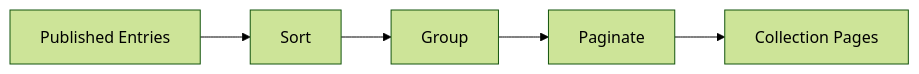
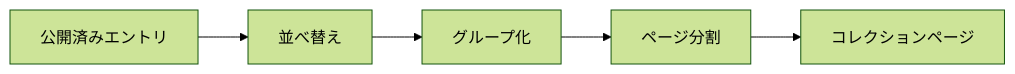
The tenth of 13 diagrams in docs/docs/framework/content-system.ja.md (Rerurate514/riebeckite), drawn with Mermaid (forest theme) before and after one commit. The commit also changed other lines of this file and 310 other files, not shown here.

````diff
--- a/docs/docs/framework/content-system.ja.md
+++ b/docs/docs/framework/content-system.ja.md
@@ -435,13 +381,13 @@
 ```mermaid id="is4p7e"
 flowchart LR
-    Entries["Published Entries"]
-    Sort["Sort"]
-    Group["Group"]
-    Paginate["Paginate"]
-    Pages["Collection Pages"]
+    Entries["公開済みエントリ"]
+    Sort["並べ替え"]
+    Group["グループ化"]
+    Paginate["ページ分割"]
+    Pages["コレクションページ"]
 
     Entries --> Sort
     Sort --> Group
     Group --> Paginate
     Paginate --> Pages
 ```
````
